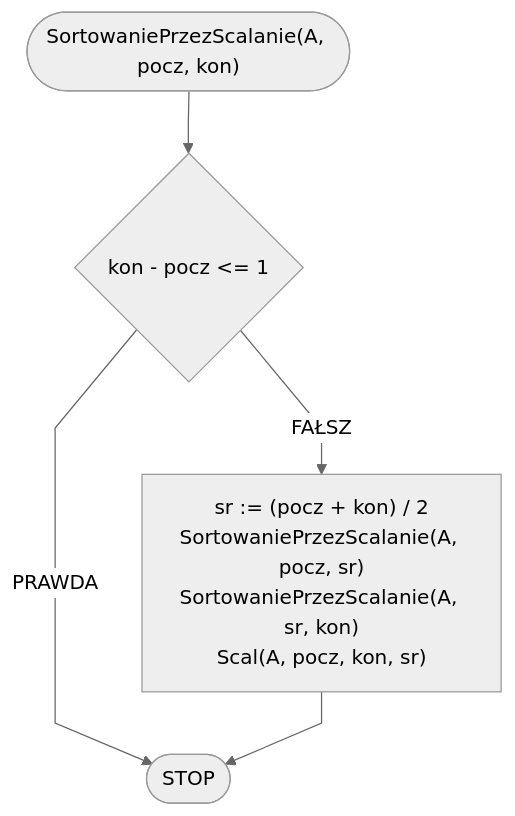
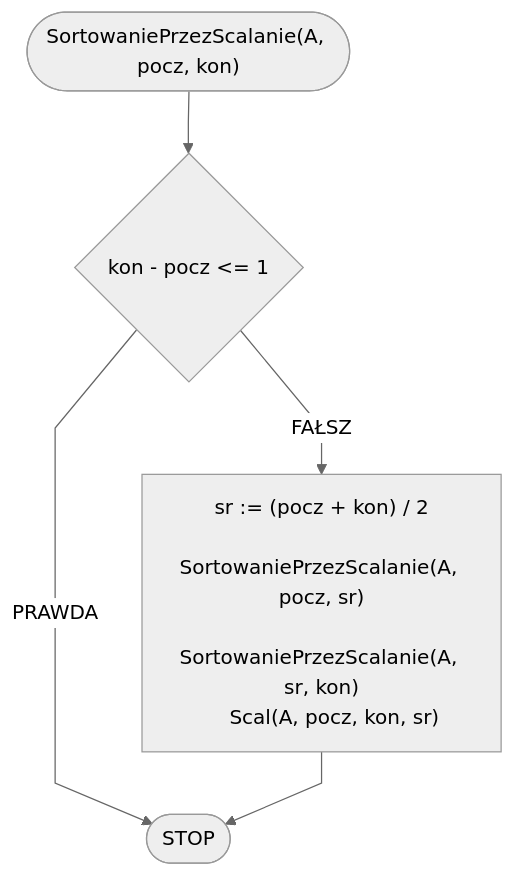
Before and after one commit to blackbat13/edu-cs-htiew-pl: the second of 2 diagrams in docs/algorithms/sorting/merge-sort.md, drawn with Mermaid. The commit also changed other lines of this file, not shown here.

````diff
--- a/docs/algorithms/sorting/merge-sort.md
+++ b/docs/algorithms/sorting/merge-sort.md
@@ -104,8 +116,11 @@
 ```mermaid
 %%{init: {"flowchart": {"curve": "linear"}, "theme": "neutral"} }%%
 flowchart TD
     START(["SortowaniePrzezScalanie(A, pocz, kon)"]) --> K1{kon - pocz <= 1}
     K1 -- PRAWDA --> STOP([STOP])
-    K1 -- FAŁSZ --> K3["sr := (pocz + kon) / 2\nSortowaniePrzezScalanie(A, pocz, sr)\nSortowaniePrzezScalanie(A, sr, kon)\nScal(A, pocz, kon, sr)"]
+    K1 -- FAŁSZ --> K3["sr := (pocz + kon) / 2
+    SortowaniePrzezScalanie(A, pocz, sr)
+    SortowaniePrzezScalanie(A, sr, kon)
+    Scal(A, pocz, kon, sr)"]
     K3 --> STOP
 ```
````
